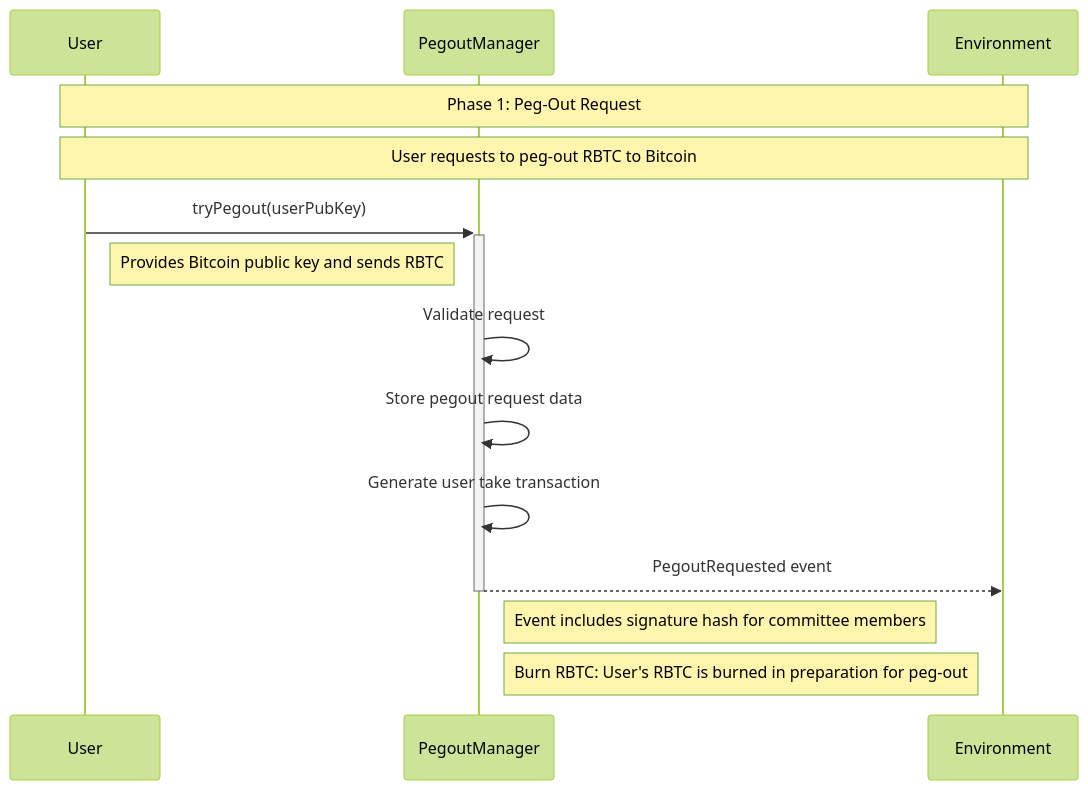
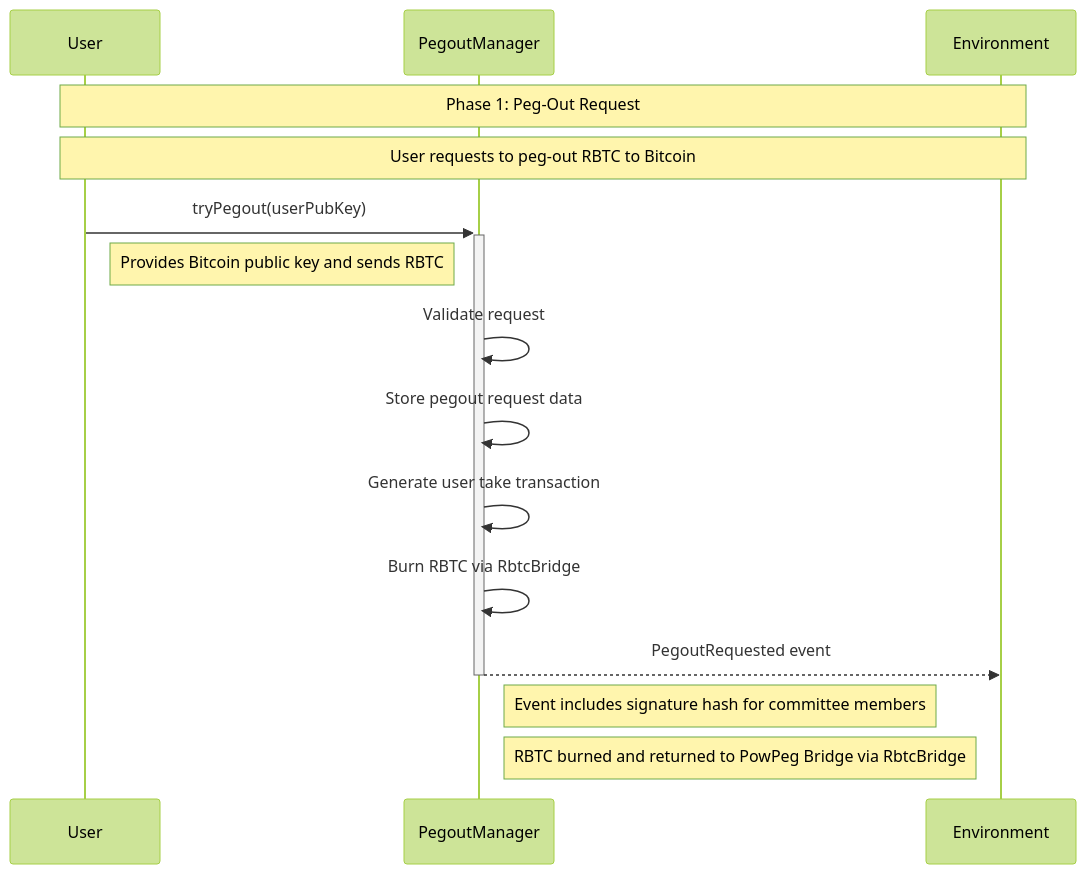
The eighth of 12 diagrams in README.md (rsksmart/union-bridge-contracts), drawn with Mermaid (forest theme) before and after one commit. The commit also changed other lines of this file, not shown here.

````diff
--- a/README.md
+++ b/README.md
@@ -426,18 +551,19 @@
 ```mermaid
 sequenceDiagram
     participant U as User
     participant POM as PegoutManager
     participant ENV as Environment
 
     Note over U,ENV: Phase 1: Peg-Out Request
     Note over U,ENV: User requests to peg-out RBTC to Bitcoin
 
     U->>+POM: tryPegout(userPubKey)
     Note right of U: Provides Bitcoin public key and sends RBTC
     POM->>POM: Validate request
     POM->>POM: Store pegout request data
     POM->>POM: Generate user take transaction
+    POM->>POM: Burn RBTC via RbtcBridge
     POM-->>-ENV: PegoutRequested event
     Note right of POM: Event includes signature hash for committee members
-    Note right of POM: Burn RBTC: User's RBTC is burned in preparation for peg-out
+    Note right of POM: RBTC burned and returned to PowPeg Bridge via RbtcBridge
 ```
````
